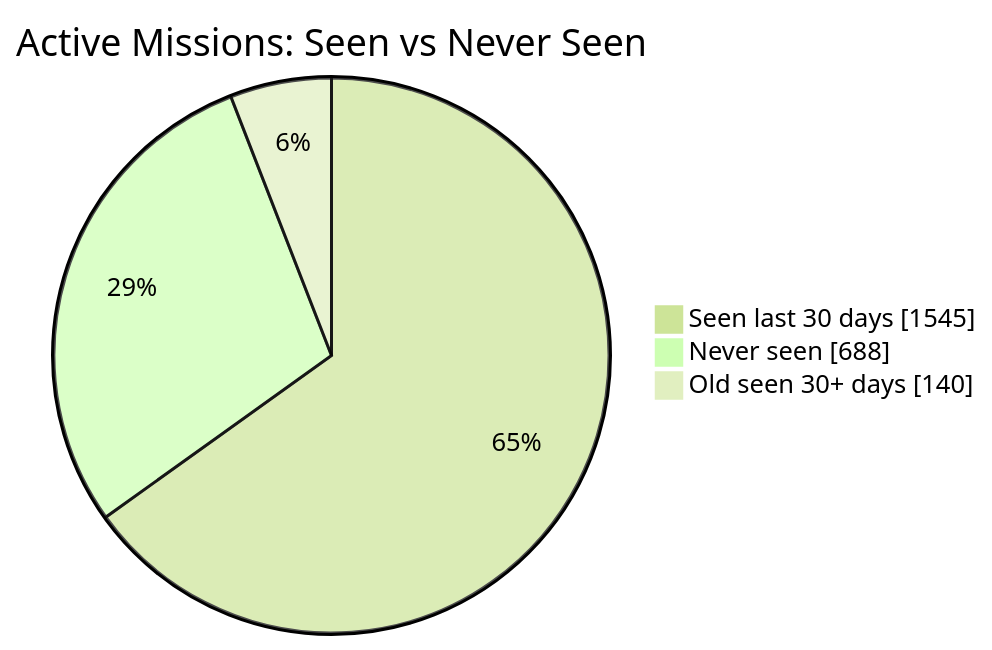
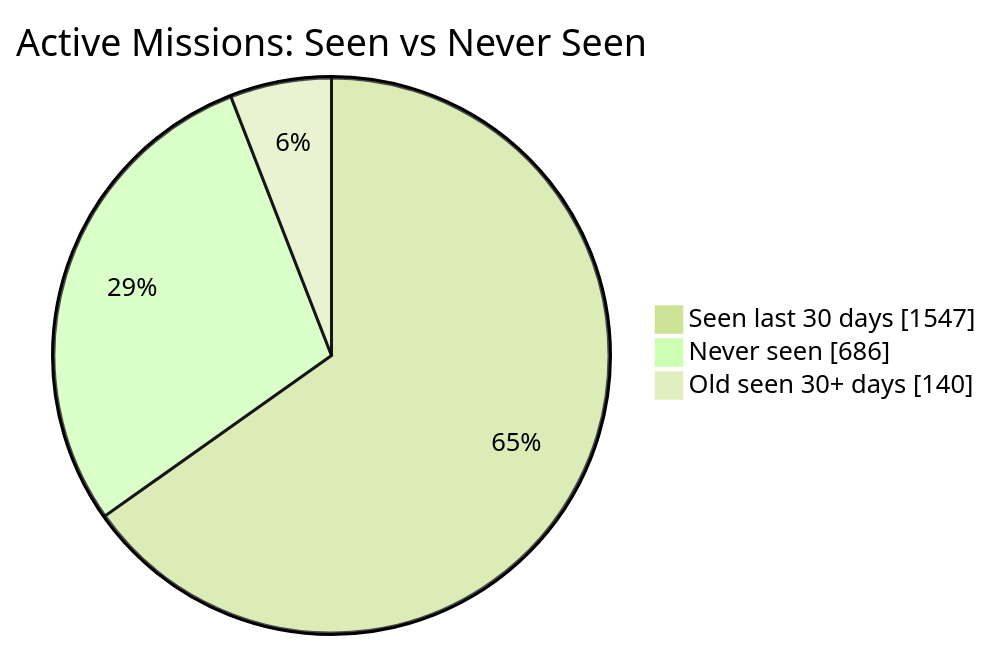
Before and after one commit to MeldkamerspelGameTeam/active-missions: the first of 2 diagrams in README.md, drawn with Mermaid (forest theme). The commit also changed other lines of this file and 3 other files, not shown here.

````diff
--- a/README.md
+++ b/README.md
@@ -34,7 +34,7 @@
 ```mermaid
 pie showData
     title Active Missions: Seen vs Never Seen
-    "Seen last 30 days" : 1545
-    "Never seen" : 688
+    "Seen last 30 days" : 1547
+    "Never seen" : 686
     "Old seen 30+ days" : 140
 ```
````
